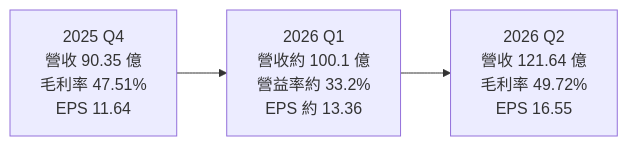
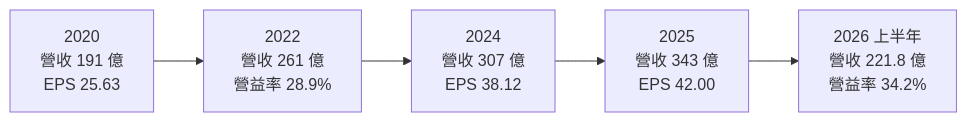
One commit to wangnick1004/taiwan-stock-vault changed the third of 4 diagrams in 個股/台股/1590亞德客-KY.md. Above: the diagram before and after it, drawn with Mermaid. The commit also changed other lines of this file and 27 other files, not shown here.

````diff
--- a/個股/台股/1590亞德客-KY.md
+++ b/個股/台股/1590亞德客-KY.md
@@ -134,4 +145,4 @@
 ```mermaid
 flowchart LR
-    Q4["2025 Q4<br/>營收 90.35 億<br/>毛利率 47.51%<br/>EPS 11.64"] --> Q1["2026 Q1<br/>營收約 100.1 億<br/>營益率約 33.2%<br/>EPS 約 13.36"] --> Q2["2026 Q2<br/>營收 121.64 億<br/>毛利率 49.72%<br/>EPS 16.55"]
+    Y20["2020<br/>營收 191 億<br/>EPS 25.63"] --> Y22["2022<br/>營收 261 億<br/>營益率 28.9%"] --> Y24["2024<br/>營收 307 億<br/>EPS 38.12"] --> Y25["2025<br/>營收 343 億<br/>EPS 42.00"] --> H26["2026 上半年<br/>營收 221.8 億<br/>營益率 34.2%"]
 ```
````
